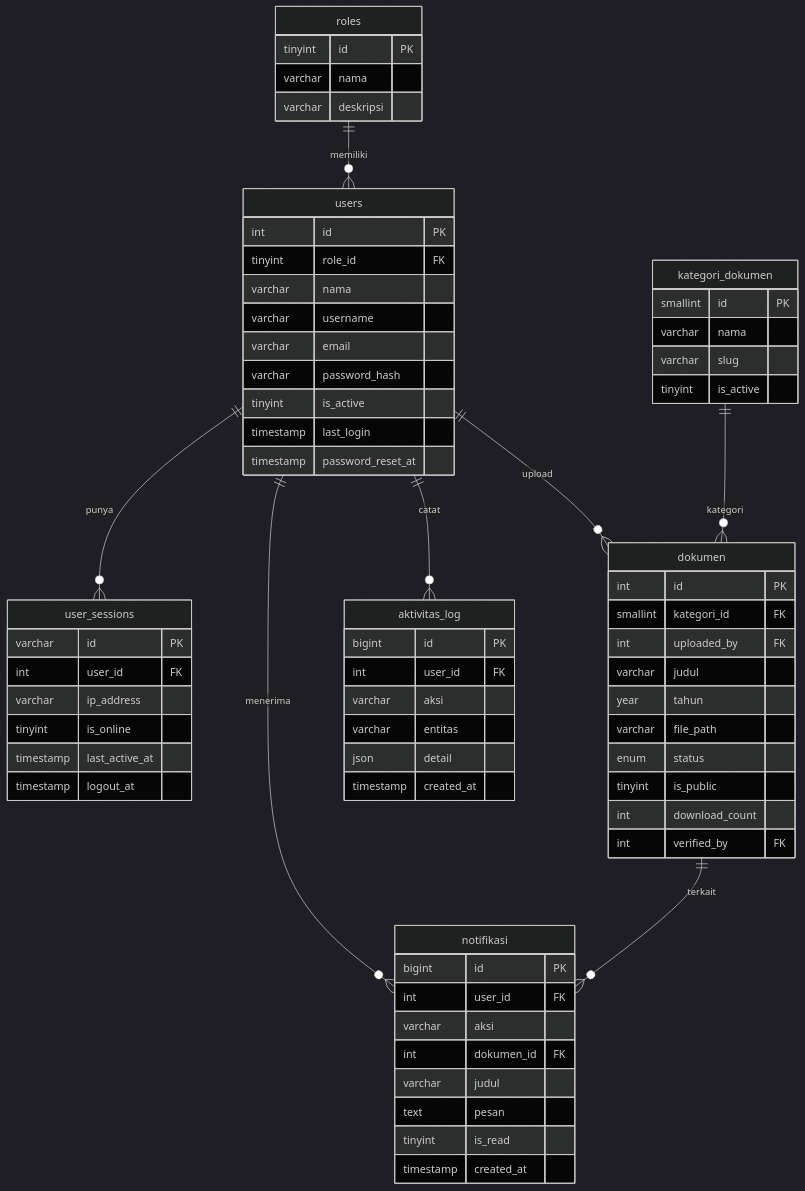
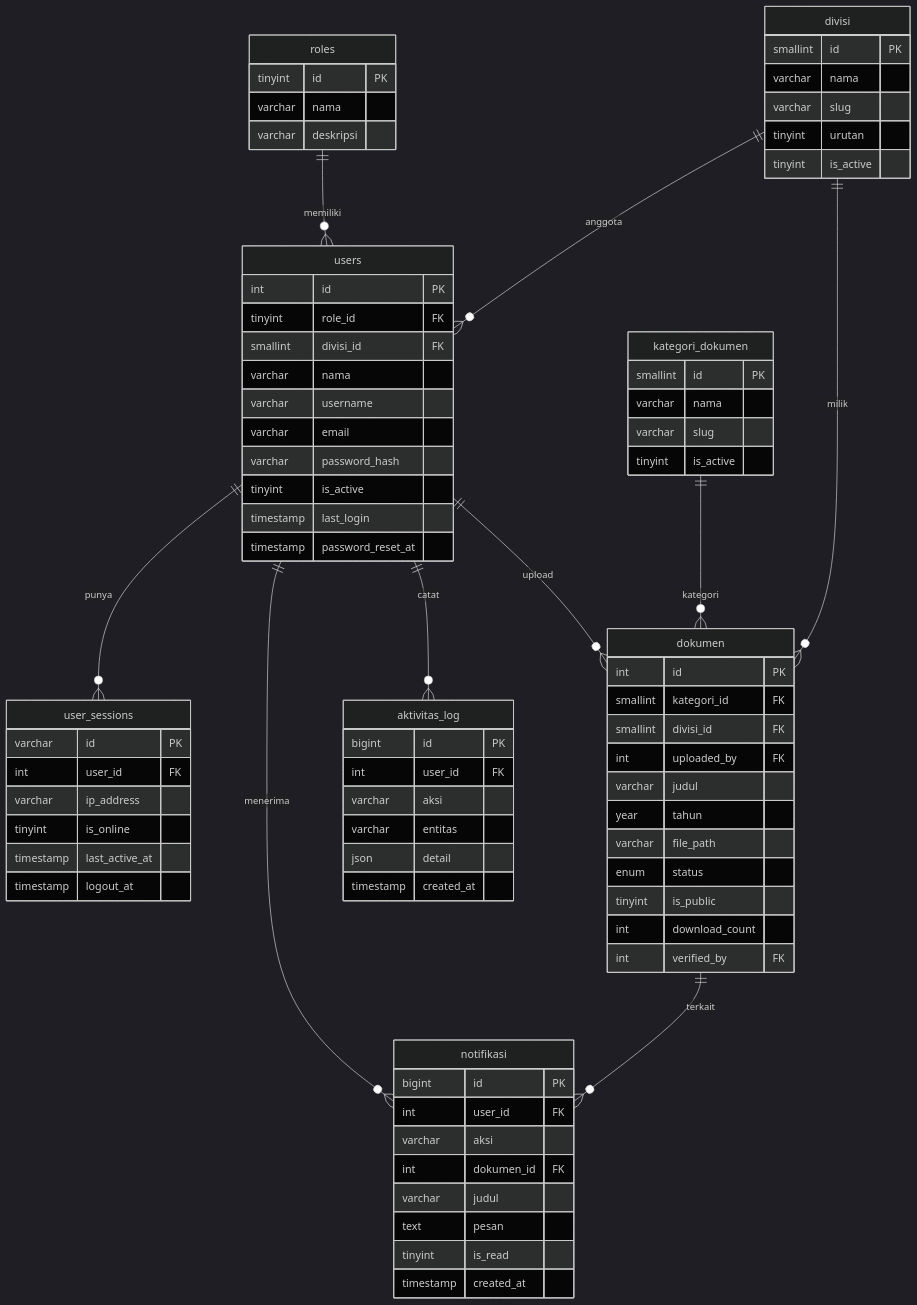
Before and after one commit to Adivalisna1/WEB-MAGANG-: the ninth of 9 diagrams in README.md, drawn with Mermaid (dark theme). The commit also changed other lines of this file and 32 other files, not shown here.

````diff
--- a/README.md
+++ b/README.md
@@ -513,71 +539,82 @@
 ```mermaid
 erDiagram
     roles {
         tinyint id PK
         varchar nama
         varchar deskripsi
     }
     users {
         int id PK
         tinyint role_id FK
+        smallint divisi_id FK
         varchar nama
         varchar username
         varchar email
         varchar password_hash
         tinyint is_active
         timestamp last_login
         timestamp password_reset_at
     }
     user_sessions {
         varchar id PK
         int user_id FK
         varchar ip_address
         tinyint is_online
         timestamp last_active_at
         timestamp logout_at
     }
     kategori_dokumen {
         smallint id PK
         varchar nama
         varchar slug
         tinyint is_active
     }
+    divisi {
+        smallint id PK
+        varchar nama
+        varchar slug
+        tinyint urutan
+        tinyint is_active
+    }
     dokumen {
         int id PK
         smallint kategori_id FK
+        smallint divisi_id FK
         int uploaded_by FK
         varchar judul
         year tahun
         varchar file_path
         enum status
         tinyint is_public
         int download_count
         int verified_by FK
     }
     aktivitas_log {
         bigint id PK
         int user_id FK
         varchar aksi
         varchar entitas
         json detail
         timestamp created_at
     }
     notifikasi {
         bigint id PK
         int user_id FK
         varchar aksi
         int dokumen_id FK
         varchar judul
         text pesan
         tinyint is_read
         timestamp created_at
     }
 
     roles ||--o{ users : "memiliki"
     users ||--o{ user_sessions : "punya"
     users ||--o{ dokumen : "upload"
     users ||--o{ aktivitas_log : "catat"
     users ||--o{ notifikasi : "menerima"
     dokumen ||--o{ notifikasi : "terkait"
     kategori_dokumen ||--o{ dokumen : "kategori"
+    divisi ||--o{ dokumen : "milik"
+    divisi ||--o{ users : "anggota"
 ```
````
